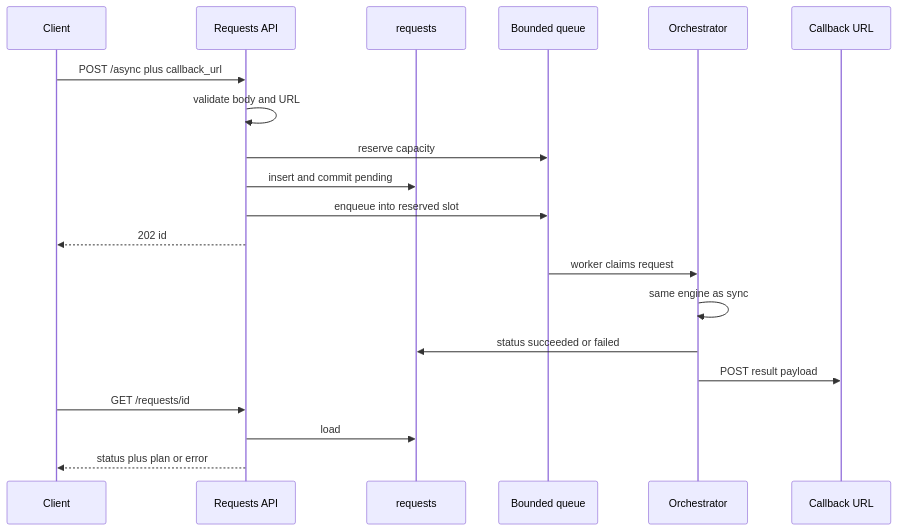
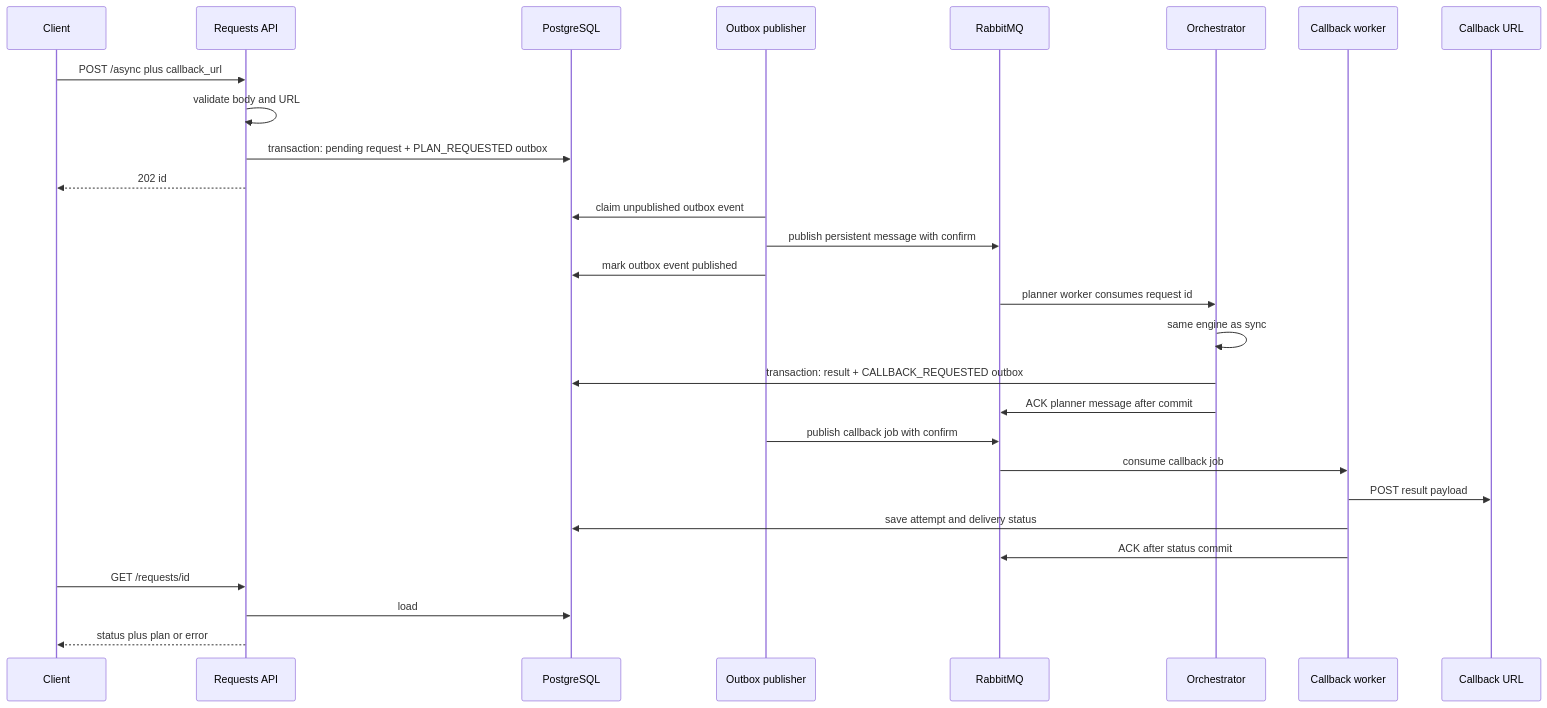
One commit to Shivamku09/Sync-Async-Outing-Planner changed the third of 3 diagrams in docs/HLD.md. Above: the diagram before and after it, drawn with Mermaid. The commit also changed other lines of this file and 2 other files, not shown here.

````diff
--- a/docs/HLD.md
+++ b/docs/HLD.md
@@ -232,23 +244,31 @@
 ```mermaid
 sequenceDiagram
   participant C as Client
   participant A as Requests API
-  participant R as requests
-  participant Q as Bounded queue
+  participant D as PostgreSQL
+  participant P as Outbox publisher
+  participant Q as RabbitMQ
   participant O as Orchestrator
+  participant CW as Callback worker
   participant W as Callback URL
 
   C->>A: POST /async plus callback_url
   A->>A: validate body and URL
-  A->>Q: reserve capacity
-  A->>R: insert and commit pending
-  A->>Q: enqueue into reserved slot
+  A->>D: transaction: pending request + PLAN_REQUESTED outbox
   A-->>C: 202 id
-  Q->>O: worker claims request
+  P->>D: claim unpublished outbox event
+  P->>Q: publish persistent message with confirm
+  P->>D: mark outbox event published
+  Q->>O: planner worker consumes request id
   O->>O: same engine as sync
-  O->>R: status succeeded or failed
-  O->>W: POST result payload
+  O->>D: transaction: result + CALLBACK_REQUESTED outbox
+  O->>Q: ACK planner message after commit
+  P->>Q: publish callback job with confirm
+  Q->>CW: consume callback job
+  CW->>W: POST result payload
+  CW->>D: save attempt and delivery status
+  CW->>Q: ACK after status commit
   C->>A: GET /requests/id
-  A->>R: load
+  A->>D: load
   A-->>C: status plus plan or error
 ```
````
